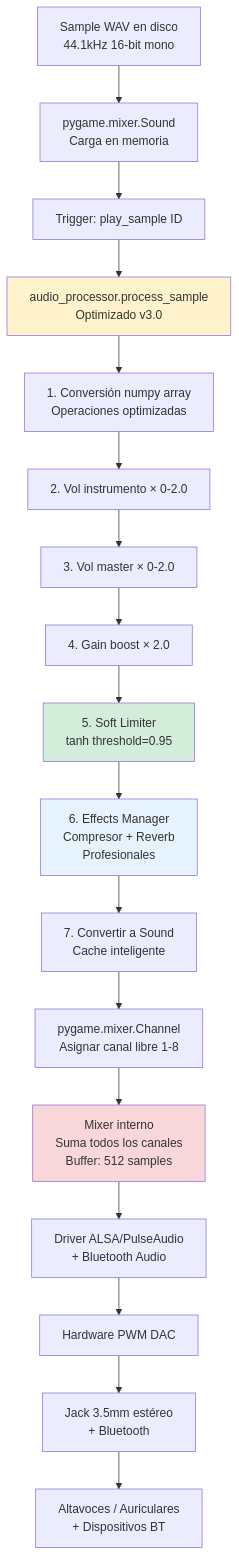
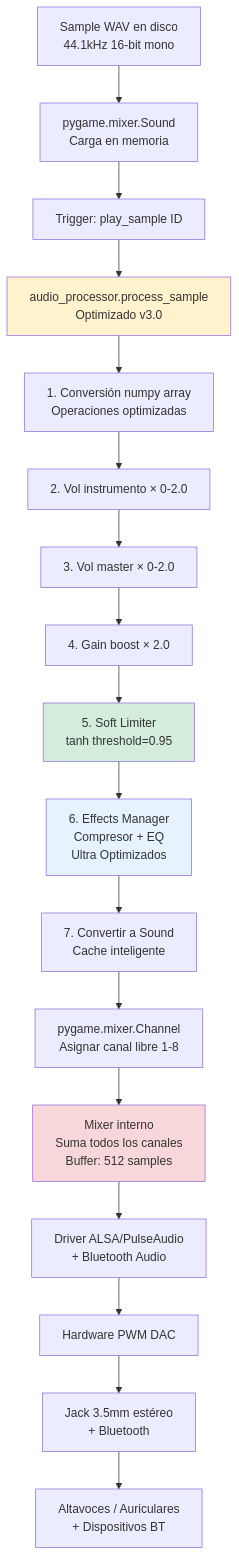
The sixth of 10 diagrams in docs/INFORME_TECNICO_PRODUCTO.md (Camionerou/TP-FINAL-2025-Drum-Machine), drawn with Mermaid before and after one commit. The commit also changed other lines of this file, not shown here.

First line of the commit message:
docs: Update technical report to v3.1 - Efectos Optimizados

````diff
--- a/docs/INFORME_TECNICO_PRODUCTO.md
+++ b/docs/INFORME_TECNICO_PRODUCTO.md
@@ -589,26 +608,26 @@
 ```mermaid
 graph TD
     A[Sample WAV en disco<br/>44.1kHz 16-bit mono] --> B[pygame.mixer.Sound<br/>Carga en memoria]
     B --> C[Trigger: play_sample ID]
     C --> D[audio_processor.process_sample<br/>Optimizado v3.0]
     
     D --> E1[1. Conversión numpy array<br/>Operaciones optimizadas]
     E1 --> E2[2. Vol instrumento × 0-2.0]
     E2 --> E3[3. Vol master × 0-2.0]
     E3 --> E4[4. Gain boost × 2.0]
     E4 --> E5[5. Soft Limiter<br/>tanh threshold=0.95]
-    E5 --> FX[6. Effects Manager<br/>Compresor + Reverb<br/>Profesionales]
+    E5 --> FX[6. Effects Manager<br/>Compresor + EQ<br/>Ultra Optimizados]
     FX --> E6[7. Convertir a Sound<br/>Cache inteligente]
     
     E6 --> F[pygame.mixer.Channel<br/>Asignar canal libre 1-8]
     F --> G[Mixer interno<br/>Suma todos los canales<br/>Buffer: 512 samples]
     G --> H[Driver ALSA/PulseAudio<br/>+ Bluetooth Audio]
     H --> I[Hardware PWM DAC]
     I --> J[Jack 3.5mm estéreo<br/>+ Bluetooth]
     J --> K[Altavoces / Auriculares<br/>+ Dispositivos BT]
     
     style D fill:#fff3cd
     style E5 fill:#d4edda
     style FX fill:#e6f3ff
     style G fill:#f8d7da
 ```
````
